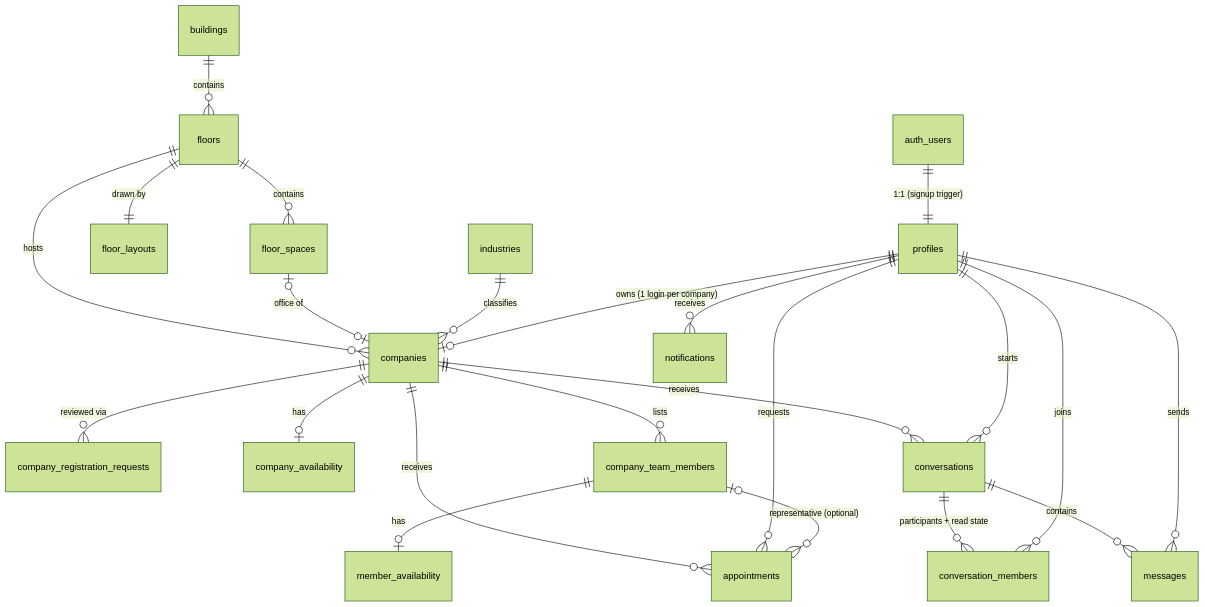
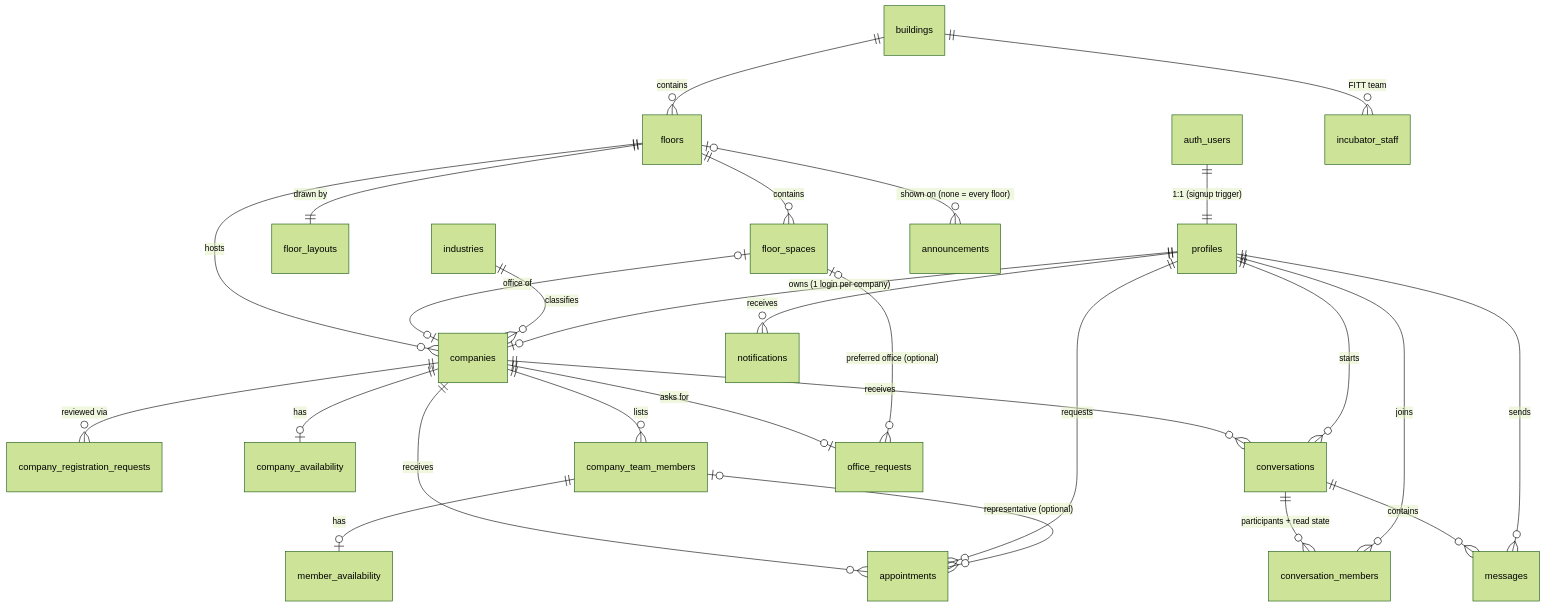
The diagram in docs/ARCHITECTURE.md (04rishabhgupta/IncubatorPlayground), drawn with Mermaid (forest theme) before and after one commit. The commit also changed other lines of this file and 35 other files, not shown here.

First line of the commit message:
Phase 4R.5: startup profile, FITT Incubation Team, announcements, office requests

````diff
--- a/docs/ARCHITECTURE.md
+++ b/docs/ARCHITECTURE.md
@@ -72,25 +72,29 @@
 ```mermaid
 erDiagram
   auth_users ||--|| profiles : "1:1 (signup trigger)"
   buildings ||--o{ floors : contains
   floors ||--|| floor_layouts : "drawn by"
   floors ||--o{ floor_spaces : contains
   floors ||--o{ companies : hosts
   floor_spaces |o--o| companies : "office of"
   industries ||--o{ companies : classifies
   profiles ||--o| companies : "owns (1 login per company)"
   companies ||--o{ company_registration_requests : "reviewed via"
   companies ||--o| company_availability : has
   companies ||--o{ company_team_members : lists
   company_team_members ||--o| member_availability : has
   companies ||--o{ conversations : receives
   profiles ||--o{ conversations : starts
   conversations ||--o{ conversation_members : "participants + read state"
   profiles ||--o{ conversation_members : joins
   conversations ||--o{ messages : contains
   profiles ||--o{ messages : sends
   companies ||--o{ appointments : receives
   profiles ||--o{ appointments : requests
   company_team_members |o--o{ appointments : "representative (optional)"
   profiles ||--o{ notifications : receives
+  buildings ||--o{ incubator_staff : "FITT team"
+  floors |o--o{ announcements : "shown on (none = every floor)"
+  companies ||--o| office_requests : "asks for"
+  floor_spaces |o--o{ office_requests : "preferred office (optional)"
 ```
````
